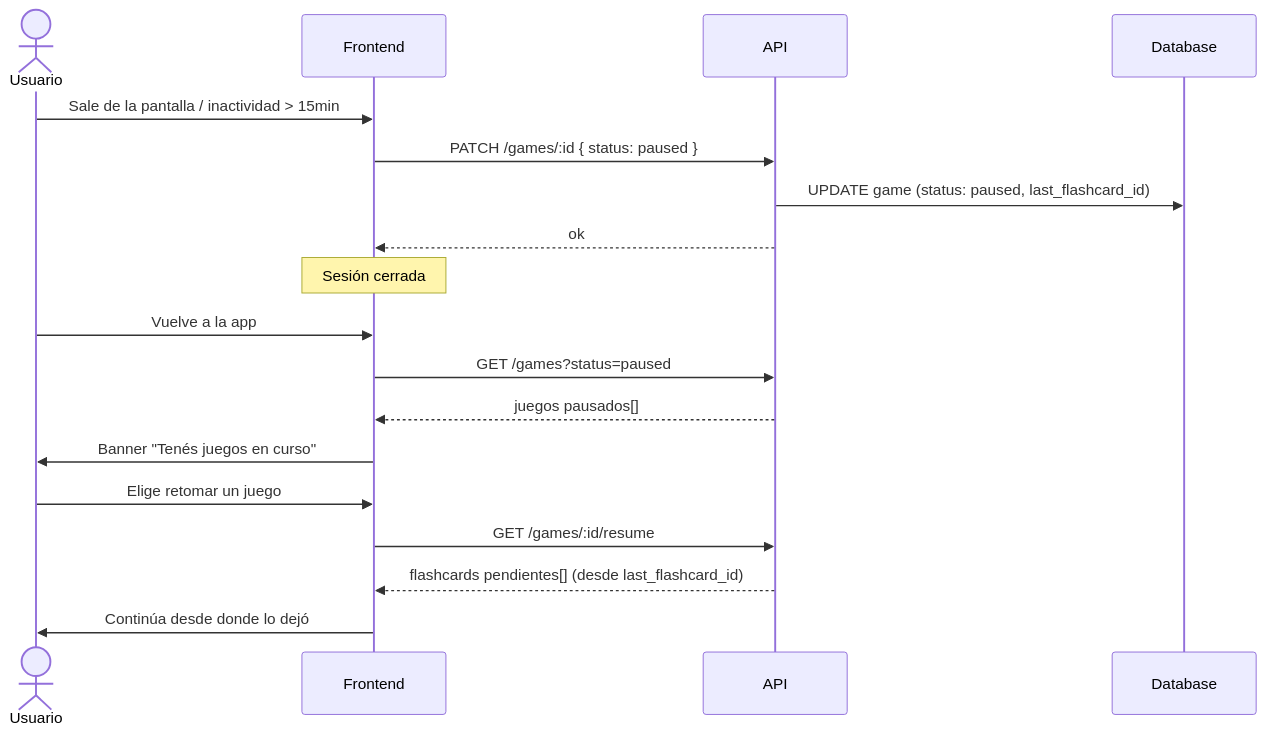
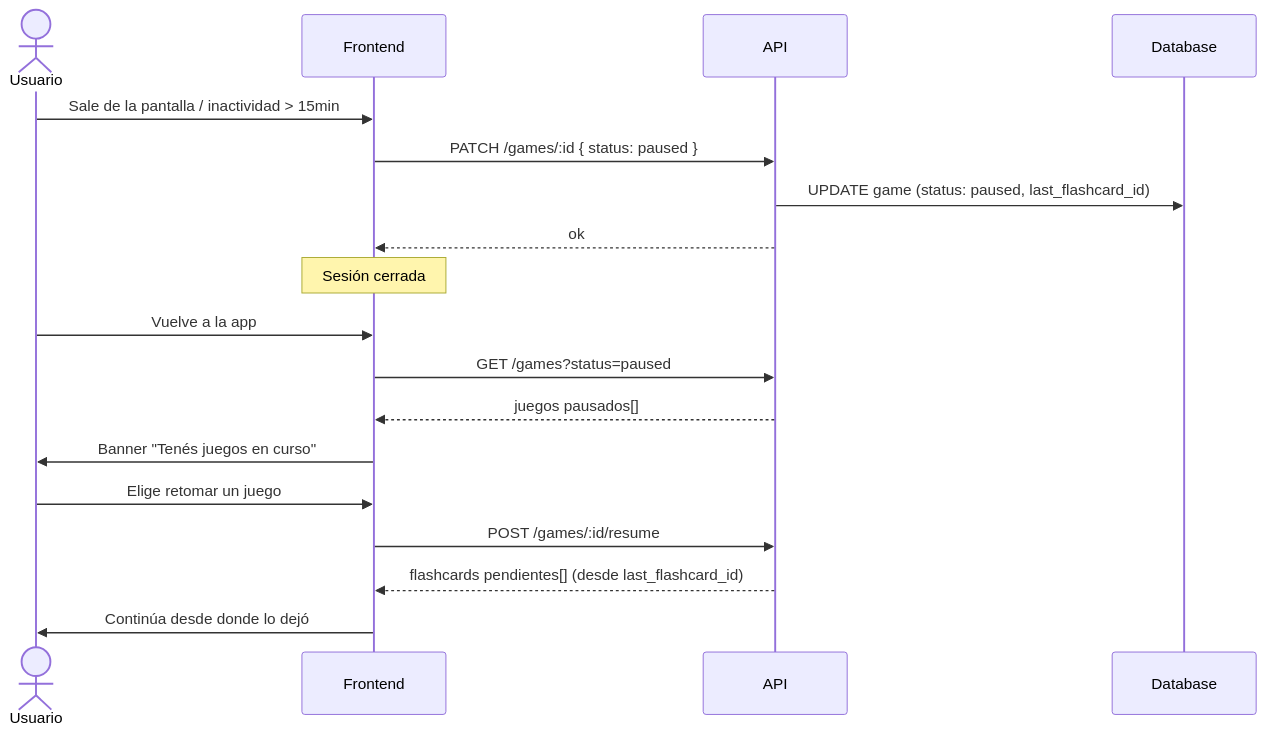
The second of 3 diagrams in docs/domain/game-mechanics.md (AbrahamVilchesDeLaCruz/ididntcatchthat), drawn with Mermaid before and after one commit. The commit also changed 18 other files, not shown here.

````diff
--- a/docs/domain/game-mechanics.md
+++ b/docs/domain/game-mechanics.md
@@ -192,24 +192,24 @@
 ```mermaid
 sequenceDiagram
     actor U as Usuario
     participant FE as Frontend
     participant API as API
     participant DB as Database
 
     U->>FE: Sale de la pantalla / inactividad > 15min
     FE->>API: PATCH /games/:id { status: paused }
     API->>DB: UPDATE game (status: paused, last_flashcard_id)
     API-->>FE: ok
 
     note over FE: Sesión cerrada
 
     U->>FE: Vuelve a la app
     FE->>API: GET /games?status=paused
     API-->>FE: juegos pausados[]
     FE->>U: Banner "Tenés juegos en curso"
 
     U->>FE: Elige retomar un juego
-    FE->>API: GET /games/:id/resume
+    FE->>API: POST /games/:id/resume
     API-->>FE: flashcards pendientes[] (desde last_flashcard_id)
     FE->>U: Continúa desde donde lo dejó
 ```
````
